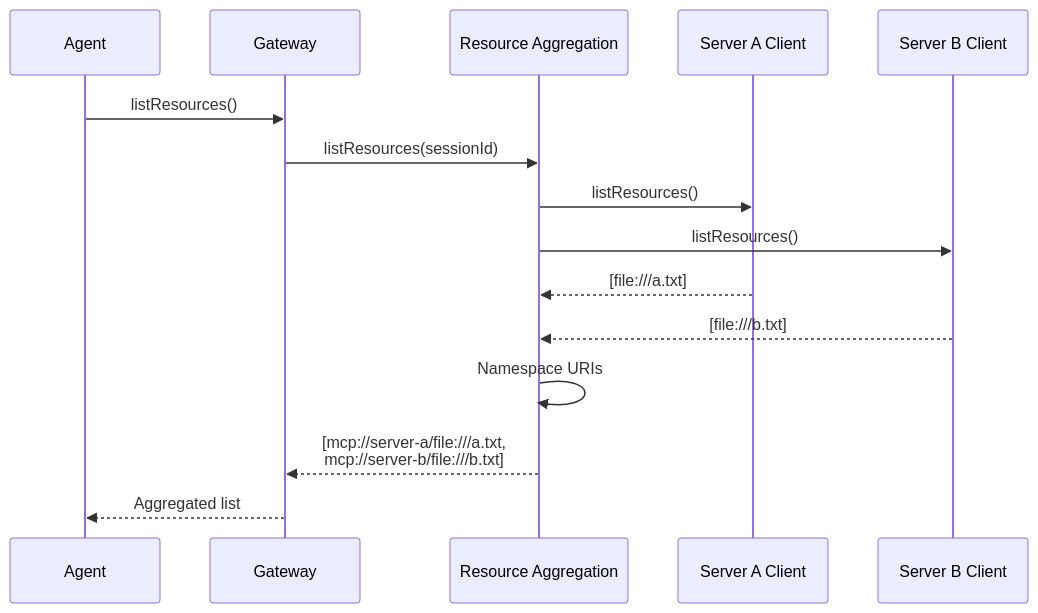
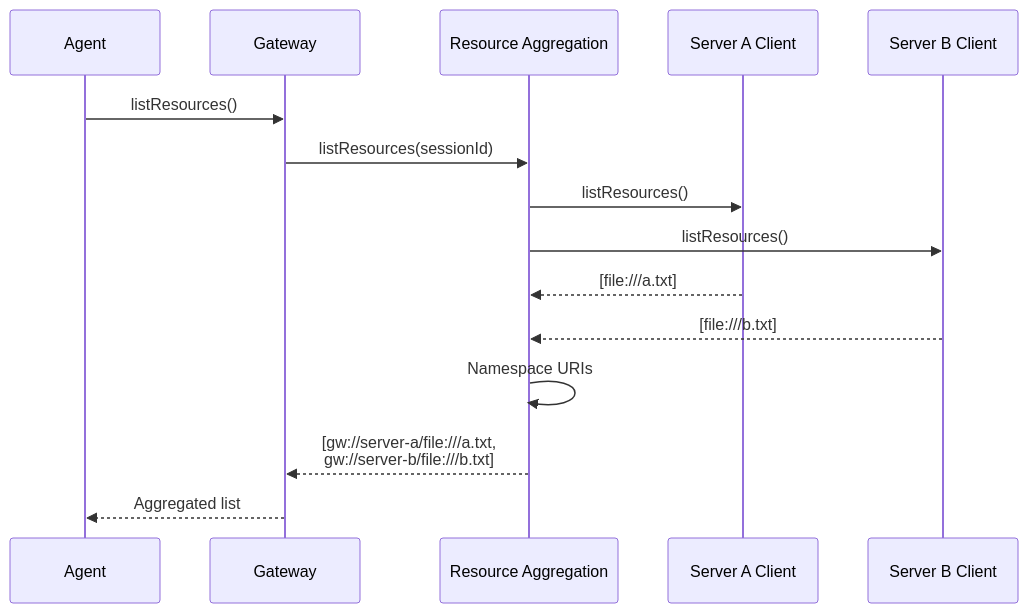
The fourth of 6 diagrams in docs/design/resource-namespacing.md (karashiiro/my-cool-proxy), drawn with Mermaid before and after one commit. The commit also changed other lines of this file and 22 other files, not shown here.

````diff
--- a/docs/design/resource-namespacing.md
+++ b/docs/design/resource-namespacing.md
@@ -118,18 +118,18 @@
 ```mermaid
 sequenceDiagram
     participant Agent
     participant Gateway
     participant Service as Resource Aggregation
     participant ClientA as Server A Client
     participant ClientB as Server B Client
 
     Agent->>Gateway: listResources()
     Gateway->>Service: listResources(sessionId)
     Service->>ClientA: listResources()
     Service->>ClientB: listResources()
     ClientA-->>Service: [file:///a.txt]
     ClientB-->>Service: [file:///b.txt]
     Service->>Service: Namespace URIs
-    Service-->>Gateway: [mcp://server-a/file:///a.txt,<br/>mcp://server-b/file:///b.txt]
+    Service-->>Gateway: [gw://server-a/file:///a.txt,<br/>gw://server-b/file:///b.txt]
     Gateway-->>Agent: Aggregated list
 ```
````
